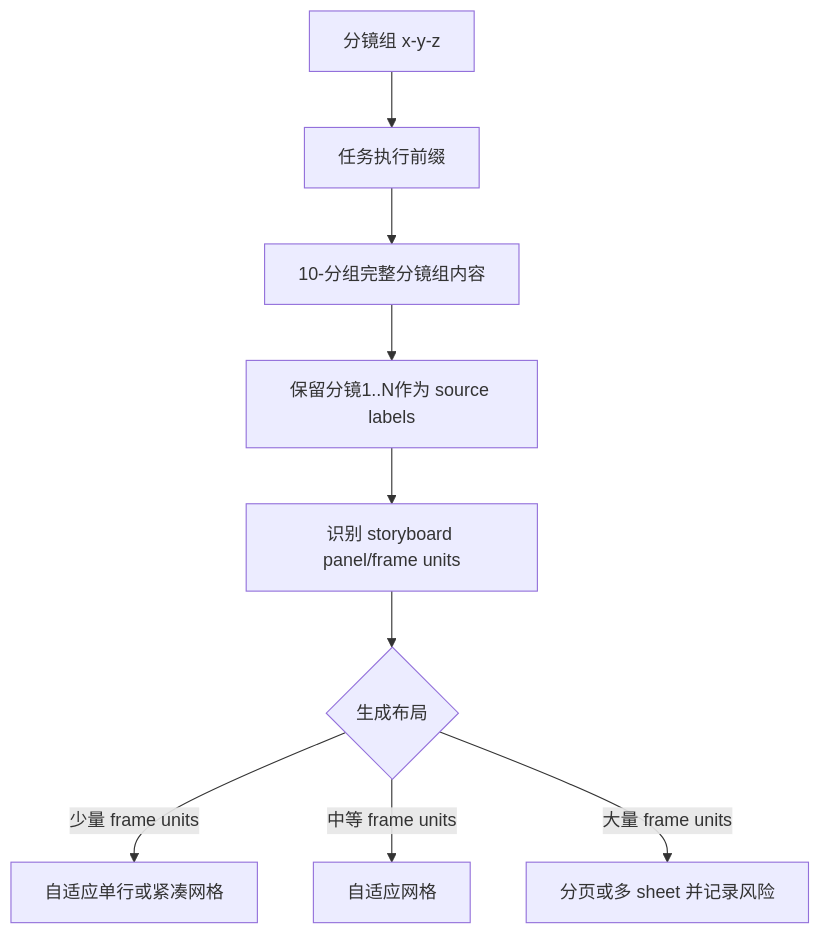
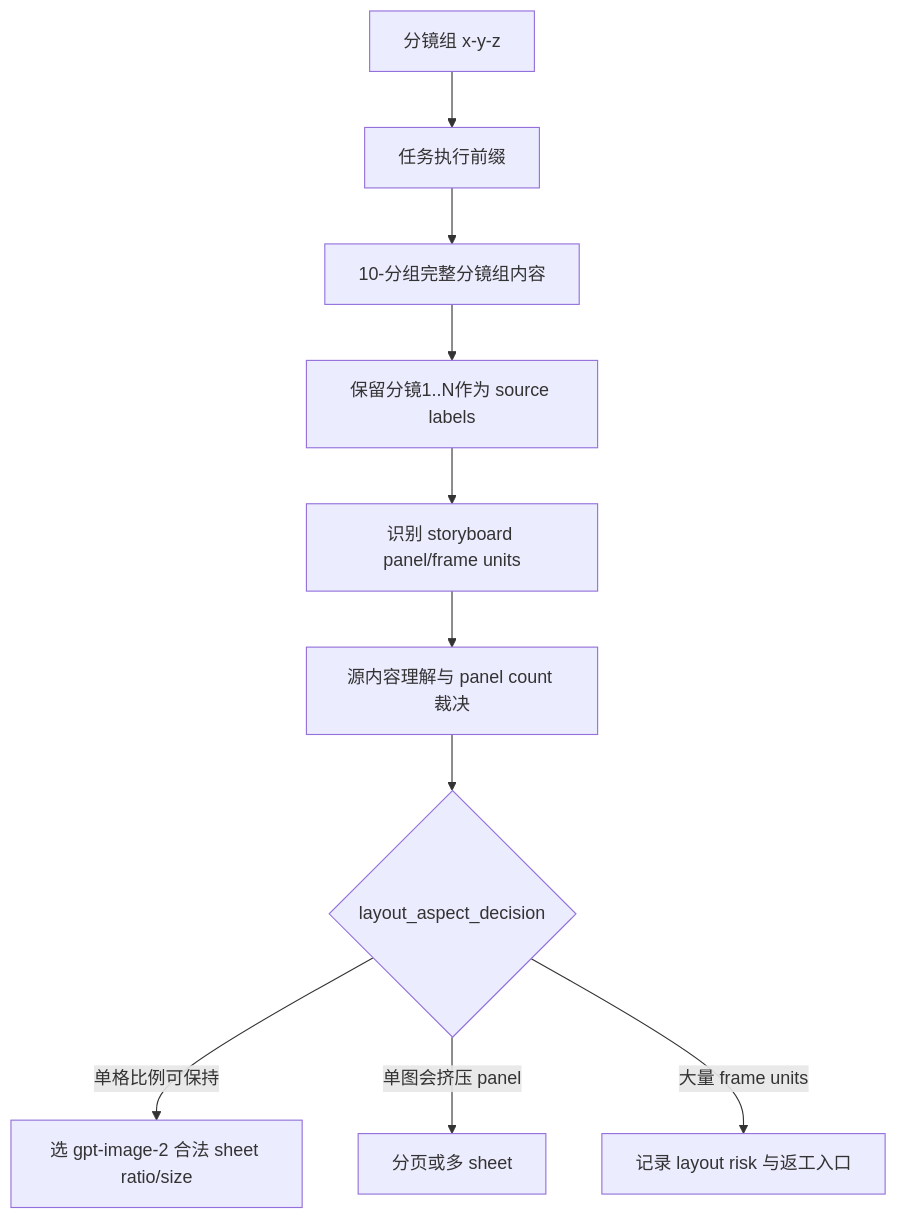
One commit to ZEN-VOID/AI-CUT changed the second of 3 diagrams in .agents/skills/aigc/12-图像/分镜故事板/SKILL.md. Above: the diagram before and after it, drawn with Mermaid. The commit also changed other lines of this file and 290 other files, not shown here.

````diff
--- a/.agents/skills/aigc/12-图像/分镜故事板/SKILL.md
+++ b/.agents/skills/aigc/12-图像/分镜故事板/SKILL.md
@@ -122,11 +132,12 @@
 ```mermaid
 flowchart TD
     A["分镜组 x-y-z"] --> B["任务执行前缀"]
     B --> C["10-分组完整分镜组内容"]
     C --> D["保留分镜1..N作为 source labels"]
     D --> I["识别 storyboard panel/frame units"]
-    I --> E{"生成布局"}
-    E -->|"少量 frame units"| F["自适应单行或紧凑网格"]
-    E -->|"中等 frame units"| G["自适应网格"]
-    E -->|"大量 frame units"| H["分页或多 sheet 并记录风险"]
+    I --> X["源内容理解与 panel count 裁决"]
+    X --> E{"layout_aspect_decision"}
+    E -->|"单格比例可保持"| F["选 gpt-image-2 合法 sheet ratio/size"]
+    E -->|"单图会挤压 panel"| G["分页或多 sheet"]
+    E -->|"大量 frame units"| H["记录 layout risk 与返工入口"]
 ```
````
